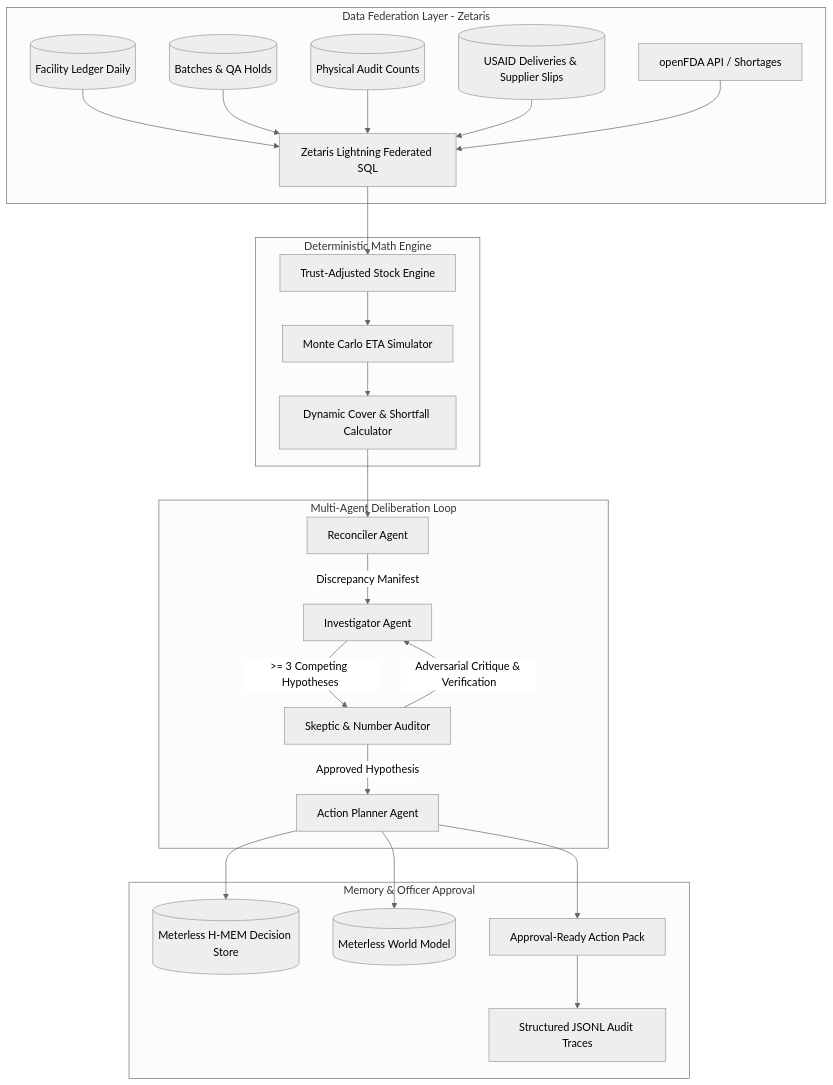
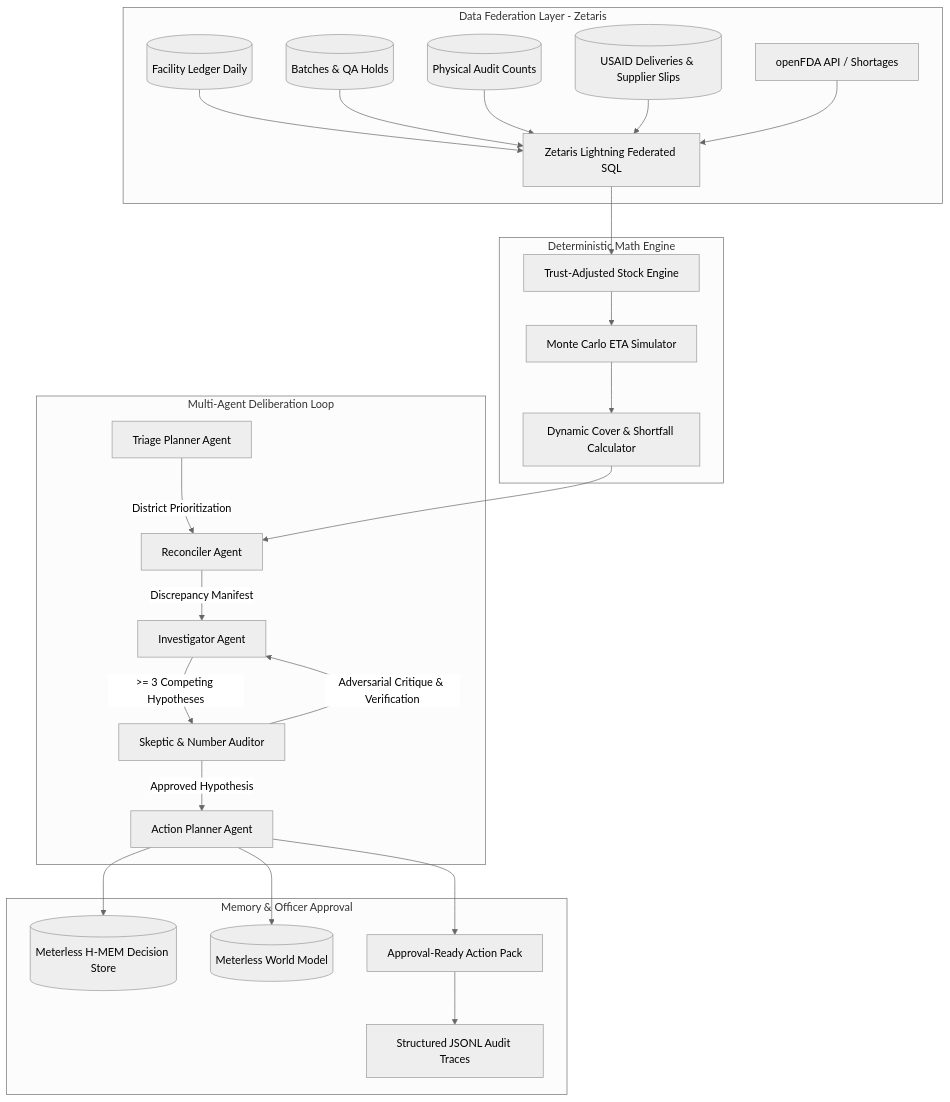
Before and after one commit to Sudheesh02/MedTrace: the diagram in README.md, drawn with Mermaid (neutral theme). The commit also changed other lines of this file and 7 other files, not shown here.

````diff
--- a/README.md
+++ b/README.md
@@ -24,31 +24,32 @@
 ```mermaid
 flowchart TD
     subgraph DataLayer [Data Federation Layer - Zetaris]
         A1[(Facility Ledger Daily)] --> Z[Zetaris Lightning Federated SQL]
         A2[(Batches & QA Holds)] --> Z
         A3[(Physical Audit Counts)] --> Z
         A4[(USAID Deliveries & Supplier Slips)] --> Z
         A5[openFDA API / Shortages] --> Z
     end
 
     subgraph DeterministicEngine [Deterministic Math Engine]
         Z --> D1[Trust-Adjusted Stock Engine]
         D1 --> D2[Monte Carlo ETA Simulator]
         D2 --> D3[Dynamic Cover & Shortfall Calculator]
     end
 
     subgraph MultiAgentSystem [Multi-Agent Deliberation Loop]
-        D3 --> AG1[Reconciler Agent]
+        TP[Triage Planner Agent] -->|District Prioritization| AG1[Reconciler Agent]
+        D3 --> AG1
         AG1 -->|Discrepancy Manifest| AG2[Investigator Agent]
         AG2 -->|>= 3 Competing Hypotheses| AG3[Skeptic & Number Auditor]
         AG3 -->|Adversarial Critique & Verification| AG2
         AG3 -->|Approved Hypothesis| AG4[Action Planner Agent]
     end
 
     subgraph MemoryAndOutput [Memory & Officer Approval]
         AG4 --> HMEM[(Meterless H-MEM Decision Store)]
         AG4 --> WM[(Meterless World Model)]
         AG4 --> OUT[Approval-Ready Action Pack]
         OUT --> LOG[Structured JSONL Audit Traces]
     end
 ```
````
